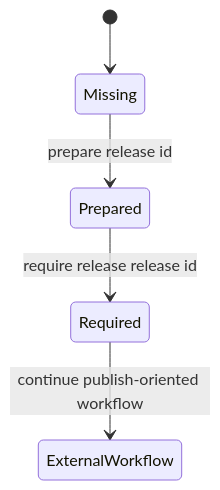
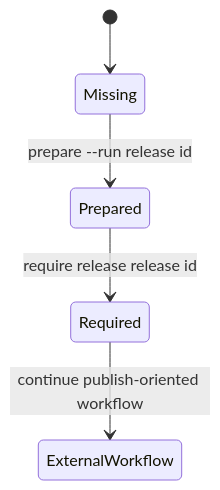
The third of 4 diagrams in docs/workflow.md (tooppoo/rellog), drawn with Mermaid before and after one commit. The commit also changed other lines of this file and 5 other files, not shown here.

Commit message:
test prepare default dry run contract

````diff
--- a/docs/workflow.md
+++ b/docs/workflow.md
@@ -80,7 +80,7 @@
 ```mermaid
 stateDiagram-v2
   [*] --> Missing
-  Missing --> Prepared: prepare release id
+  Missing --> Prepared: prepare --run release id
   Prepared --> Required: require release release id
   Required --> ExternalWorkflow: continue publish-oriented workflow
 ```
````
